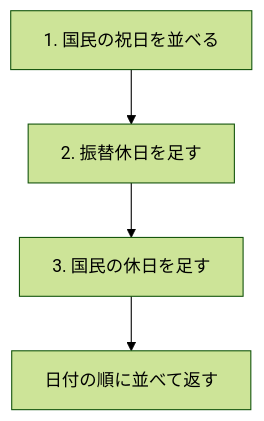
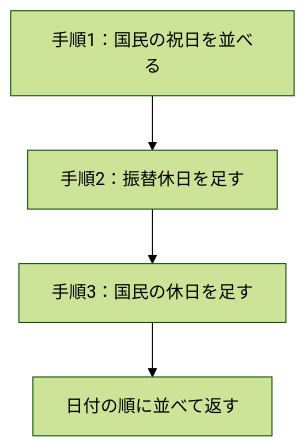
The diagram in docs/解説/コードを読む/src_holidays.md (9r4/nm_attendance), drawn with Mermaid (forest theme) before and after one commit. The commit also changed 5 other files, not shown here.

````diff
--- a/docs/解説/コードを読む/src_holidays.md
+++ b/docs/解説/コードを読む/src_holidays.md
@@ -23,6 +23,6 @@
 ```mermaid
 flowchart TD
-    A[1. 国民の祝日を並べる] --> B[2. 振替休日を足す]
-    B --> C[3. 国民の休日を足す]
+    A[手順1：国民の祝日を並べる] --> B[手順2：振替休日を足す]
+    B --> C[手順3：国民の休日を足す]
     C --> D[日付の順に並べて返す]
 ```
````
